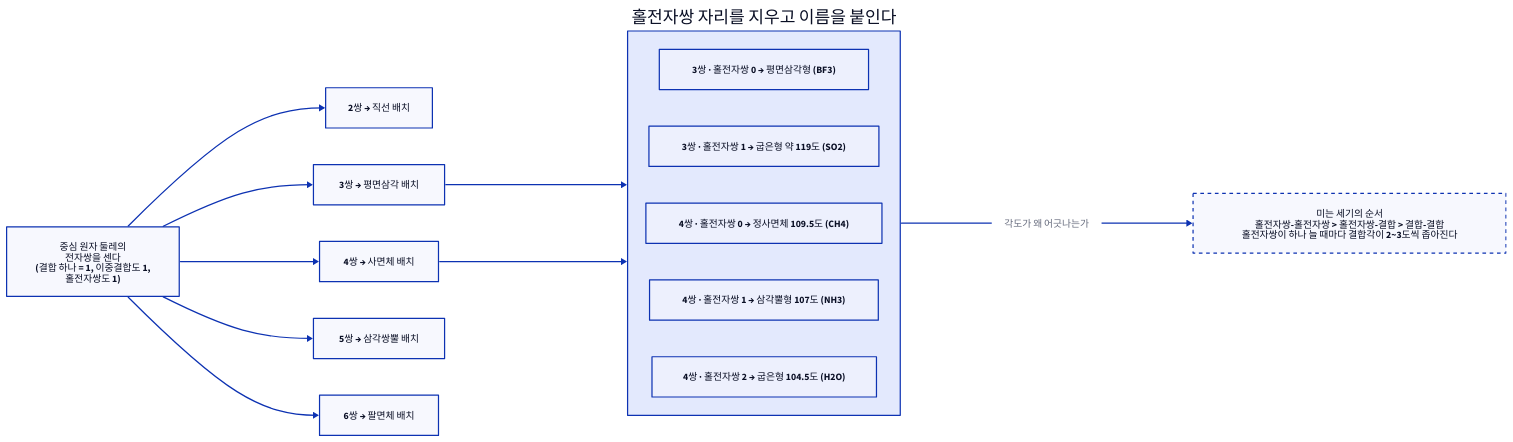
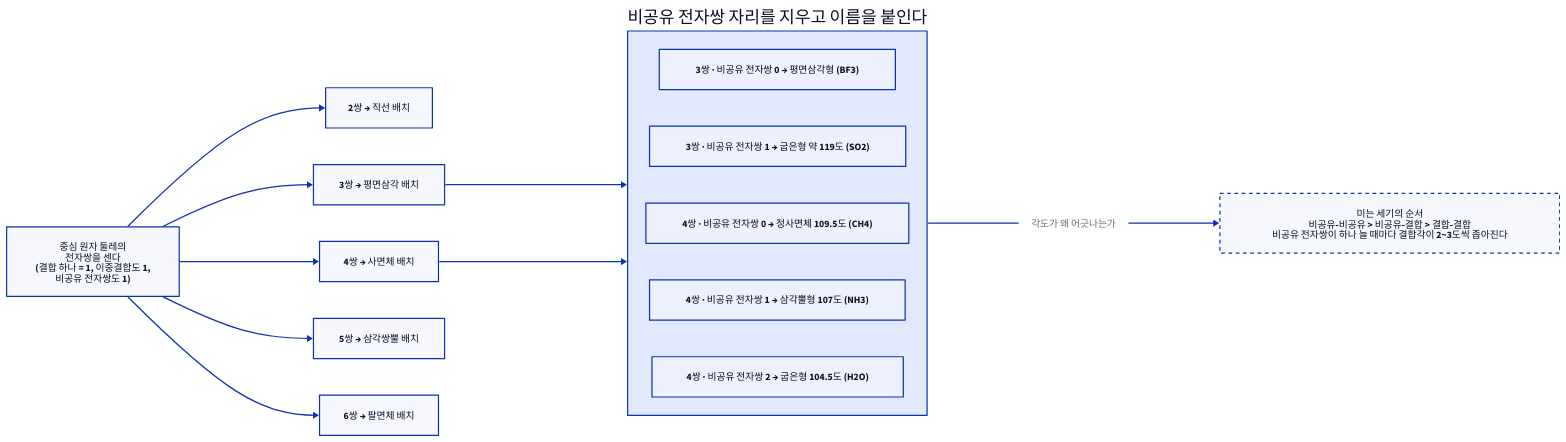
One commit to Dong-gi/Dong-gi.github.io changed the diagram in d2/chemistry/chem-vsepr-decision.d2. Above: the diagram before and after it, drawn with D2. The commit also changed 622 other files, not shown here.

```diff
--- a/d2/chemistry/chem-vsepr-decision.d2
+++ b/d2/chemistry/chem-vsepr-decision.d2
@@ -1,40 +1,40 @@
 # 전자쌍 수에서 분자 모양으로 — 6장(화학 결합).
 #
 # 무엇을 읽어야 하나: 모양은 두 단계로 정해진다.
-# 먼저 전자쌍 전체의 배치를 정하고(왼쪽 열), 그다음 홀전자쌍 자리를 지우고
+# 먼저 전자쌍 전체의 배치를 정하고(왼쪽 열), 그다음 비공유 전자쌍 자리를 지우고
 # 원자만 보고 이름을 붙인다(오른쪽 열). 두 이름이 다른 것이 핵심이다.
 direction: right
 
 세기: {
-  label: "중심 원자 둘레의\n전자쌍을 센다\n(결합 하나 = 1, 이중결합도 1,\n홀전자쌍도 1)"
+  label: "중심 원자 둘레의\n전자쌍을 센다\n(결합 하나 = 1, 이중결합도 1,\n비공유 전자쌍도 1)"
 }
 
 둘: { label: "2쌍 → 직선 배치" }
 셋: { label: "3쌍 → 평면삼각 배치" }
 넷: { label: "4쌍 → 사면체 배치" }
 다섯: { label: "5쌍 → 삼각쌍뿔 배치" }
 여섯: { label: "6쌍 → 팔면체 배치" }
 
 모양: {
-  label: "홀전자쌍 자리를 지우고 이름을 붙인다"
+  label: "비공유 전자쌍 자리를 지우고 이름을 붙인다"
 
-  항목1: { label: "3쌍 · 홀전자쌍 0 → 평면삼각형 (BF3)" }
-  항목2: { label: "3쌍 · 홀전자쌍 1 → 굽은형 약 119도 (SO2)" }
-  항목3: { label: "4쌍 · 홀전자쌍 0 → 정사면체 109.5도 (CH4)" }
-  항목4: { label: "4쌍 · 홀전자쌍 1 → 삼각뿔형 107도 (NH3)" }
-  항목5: { label: "4쌍 · 홀전자쌍 2 → 굽은형 104.5도 (H2O)" }
+  항목1: { label: "3쌍 · 비공유 전자쌍 0 → 평면삼각형 (BF3)" }
+  항목2: { label: "3쌍 · 비공유 전자쌍 1 → 굽은형 약 119도 (SO2)" }
+  항목3: { label: "4쌍 · 비공유 전자쌍 0 → 정사면체 109.5도 (CH4)" }
+  항목4: { label: "4쌍 · 비공유 전자쌍 1 → 삼각뿔형 107도 (NH3)" }
+  항목5: { label: "4쌍 · 비공유 전자쌍 2 → 굽은형 104.5도 (H2O)" }
 }
 
 밀기: {
-  label: "미는 세기의 순서\n홀전자쌍-홀전자쌍 > 홀전자쌍-결합 > 결합-결합\n홀전자쌍이 하나 늘 때마다 결합각이 2~3도씩 좁아진다"
+  label: "미는 세기의 순서\n비공유-비공유 > 비공유-결합 > 결합-결합\n비공유 전자쌍이 하나 늘 때마다 결합각이 2~3도씩 좁아진다"
   style.stroke-dash: 3
 }
 
 세기 -> 둘
 세기 -> 셋
 세기 -> 넷
 세기 -> 다섯
 세기 -> 여섯
 셋 -> 모양
 넷 -> 모양
 모양 -> 밀기: "각도가 왜 어긋나는가"
```
